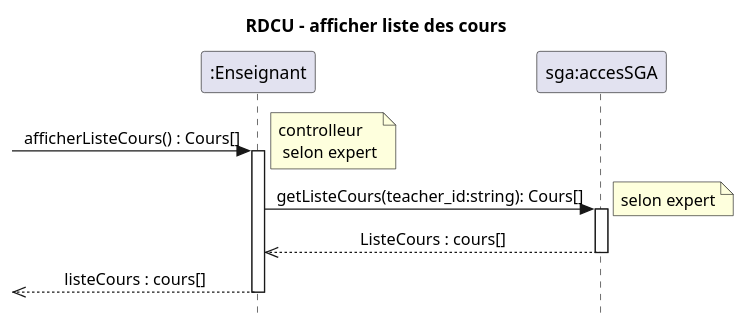
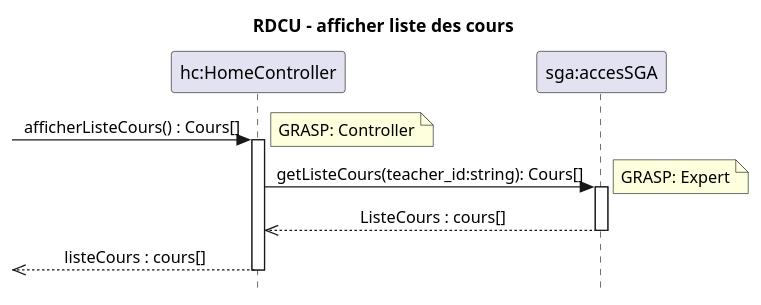
One commit to xMrYahya/moodle-clone changed the diagram in docs/modeles/cu01/rdcu-afficherListeCours.puml. Above: the diagram before and after it, drawn with PlantUML. The commit also changed 17 other files, not shown here.

```diff
--- a/docs/modeles/cu01/rdcu-afficherListeCours.puml
+++ b/docs/modeles/cu01/rdcu-afficherListeCours.puml
@@ -1,21 +1,21 @@
 @startuml
 title RDCU - afficher liste des cours
 skinparam Style strictuml
 skinparam sequenceMessageAlign center
 
-participant ":Enseignant"  as enseignant
+participant "hc:HomeController"  as hc
 participant "sga:accesSGA" as sga
 
- -> enseignant : afficherListeCours() : Cours[]
-note right: controlleur \n selon expert
-activate enseignant
-enseignant -> sga : getListeCours(teacher_id:string): Cours[]
-note right: selon expert
+ -> hc : afficherListeCours() : Cours[]
+note right: GRASP: Controller
+activate hc
+hc -> sga : getListeCours(teacher_id:string): Cours[]
+note right: GRASP: Expert
 activate sga
-sga -->> enseignant : ListeCours : cours[]
+sga -->> hc : ListeCours : cours[]
 
 deactivate sga
- <<-- enseignant : listeCours : cours[] 
+ <<-- hc : listeCours : cours[] 
 
-deactivate enseignant
+deactivate hc
 @enduml
```
